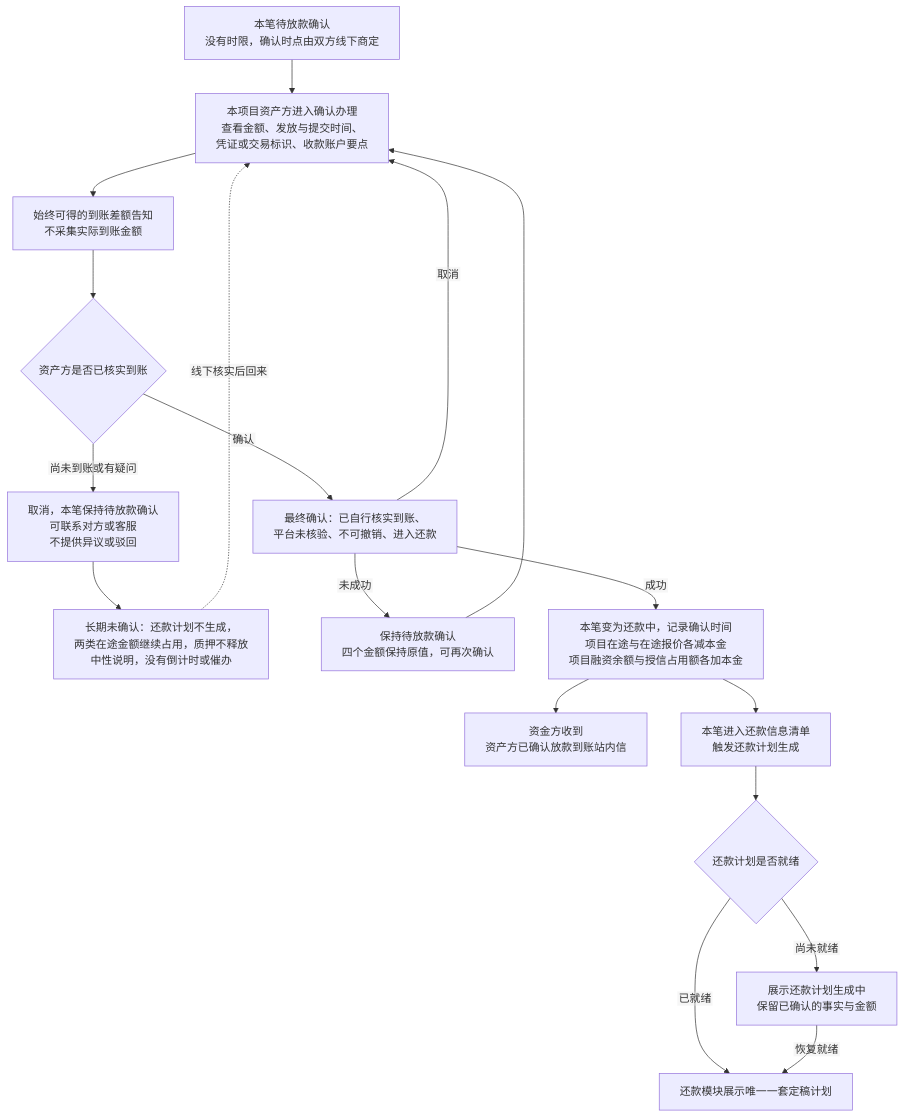
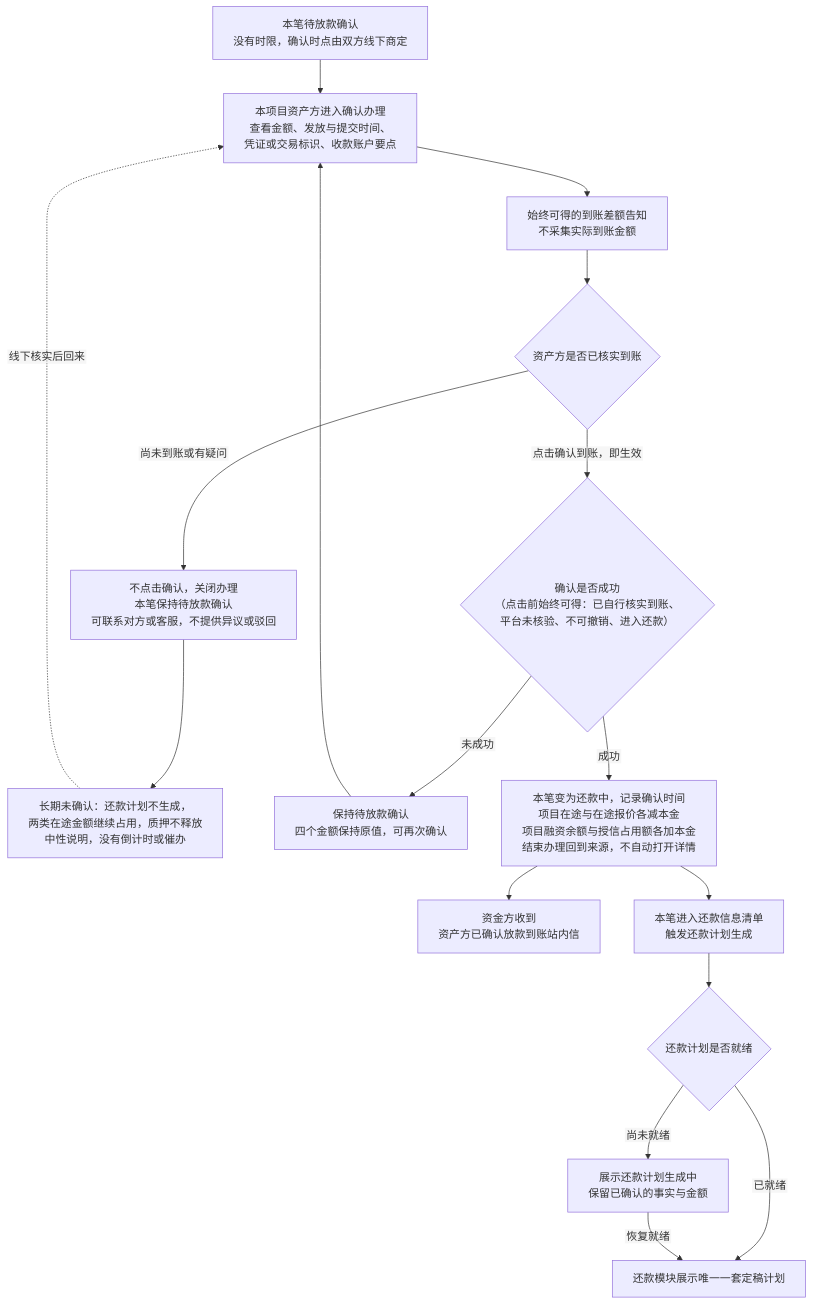
Before and after one commit to wxblockchain/Chain-Financing: the third of 4 diagrams in lending-platform/PRD/面客端/07-借贷广场-放款与放款确认/02-放款与放款确认-流程图与状态机.md, drawn with Mermaid. The commit also changed other lines of this file and 5 other files, not shown here.

````diff
--- a/lending-platform/PRD/面客端/07-借贷广场-放款与放款确认/02-放款与放款确认-流程图与状态机.md
+++ b/lending-platform/PRD/面客端/07-借贷广场-放款与放款确认/02-放款与放款确认-流程图与状态机.md
@@ -73,21 +72,20 @@
 ```mermaid
 %%{init: {"flowchart": {"htmlLabels": false, "wrappingWidth": 400}}}%%
 flowchart TD
   A["本笔待放款确认<br/>没有时限，确认时点由双方线下商定"] --> B["本项目资产方进入确认办理<br/>查看金额、发放与提交时间、<br/>凭证或交易标识、收款账户要点"]
   B --> C["始终可得的到账差额告知<br/>不采集实际到账金额"]
   C --> D{"资产方是否已核实到账"}
-  D -->|"尚未到账或有疑问"| E["取消，本笔保持待放款确认<br/>可联系对方或客服<br/>不提供异议或驳回"]
+  D -->|"尚未到账或有疑问"| E["不点击确认，关闭办理<br/>本笔保持待放款确认<br/>可联系对方或客服，不提供异议或驳回"]
   E --> F["长期未确认：还款计划不生成，<br/>两类在途金额继续占用，质押不释放<br/>中性说明，没有倒计时或催办"]
   F -.->|"线下核实后回来"| B
-  D -->|"确认"| G["最终确认：已自行核实到账、<br/>平台未核验、不可撤销、进入还款"]
-  G -->|"取消"| B
+  D -->|"点击确认到账，即生效"| G{"确认是否成功<br/>（点击前始终可得：已自行核实到账、<br/>平台未核验、不可撤销、进入还款）"}
   G -->|"未成功"| H["保持待放款确认<br/>四个金额保持原值，可再次确认"]
   H --> B
-  G -->|"成功"| I["本笔变为还款中，记录确认时间<br/>项目在途与在途报价各减本金<br/>项目融资余额与授信占用额各加本金"]
+  G -->|"成功"| I["本笔变为还款中，记录确认时间<br/>项目在途与在途报价各减本金<br/>项目融资余额与授信占用额各加本金<br/>结束办理回到来源，不自动打开详情"]
   I --> J["资金方收到<br/>资产方已确认放款到账站内信"]
   I --> K["本笔进入还款信息清单<br/>触发还款计划生成"]
   K --> L{"还款计划是否就绪"}
   L -->|"已就绪"| M["还款模块展示唯一一套定稿计划"]
   L -->|"尚未就绪"| N["展示还款计划生成中<br/>保留已确认的事实与金额"]
   N -->|"恢复就绪"| M
 ```
````
